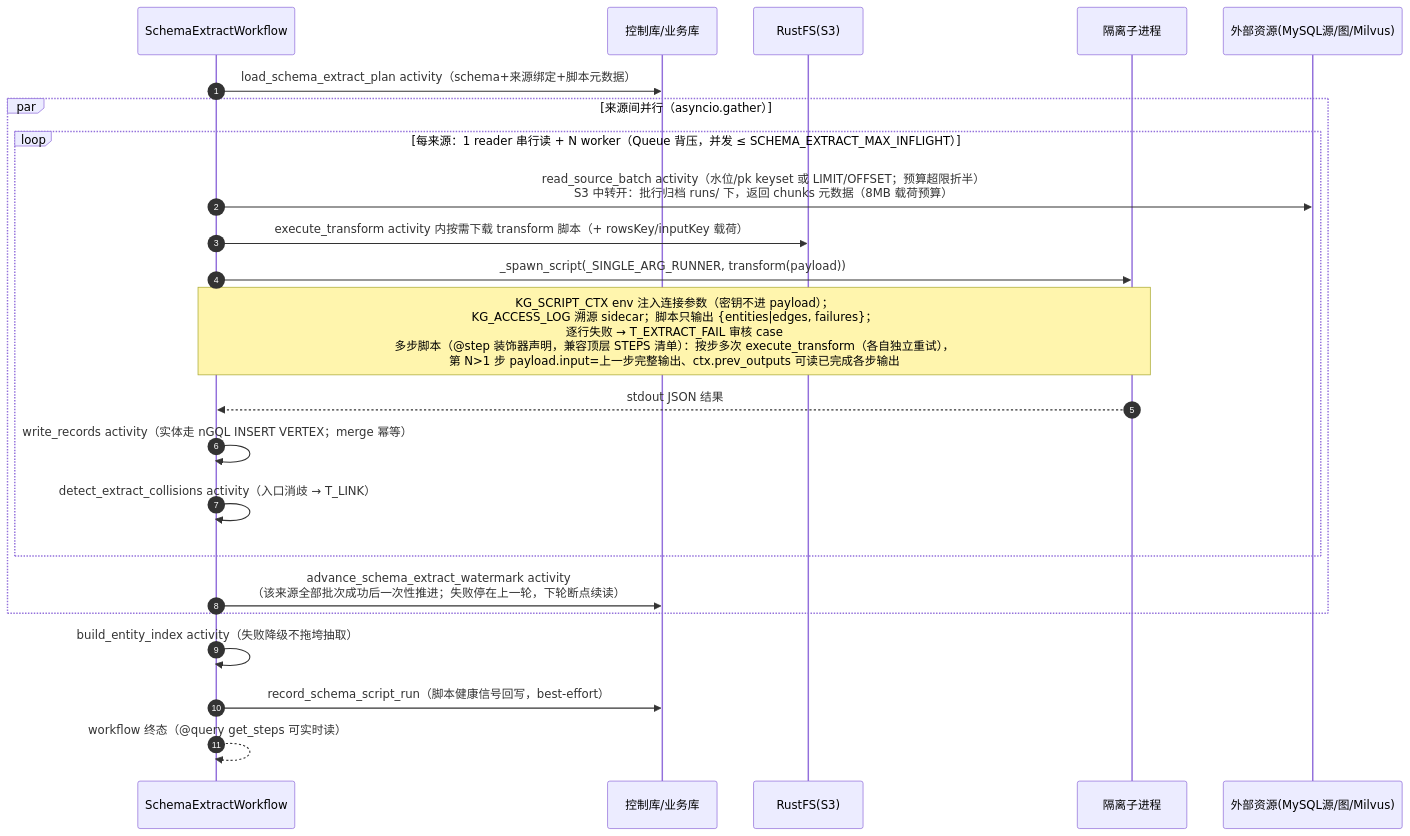
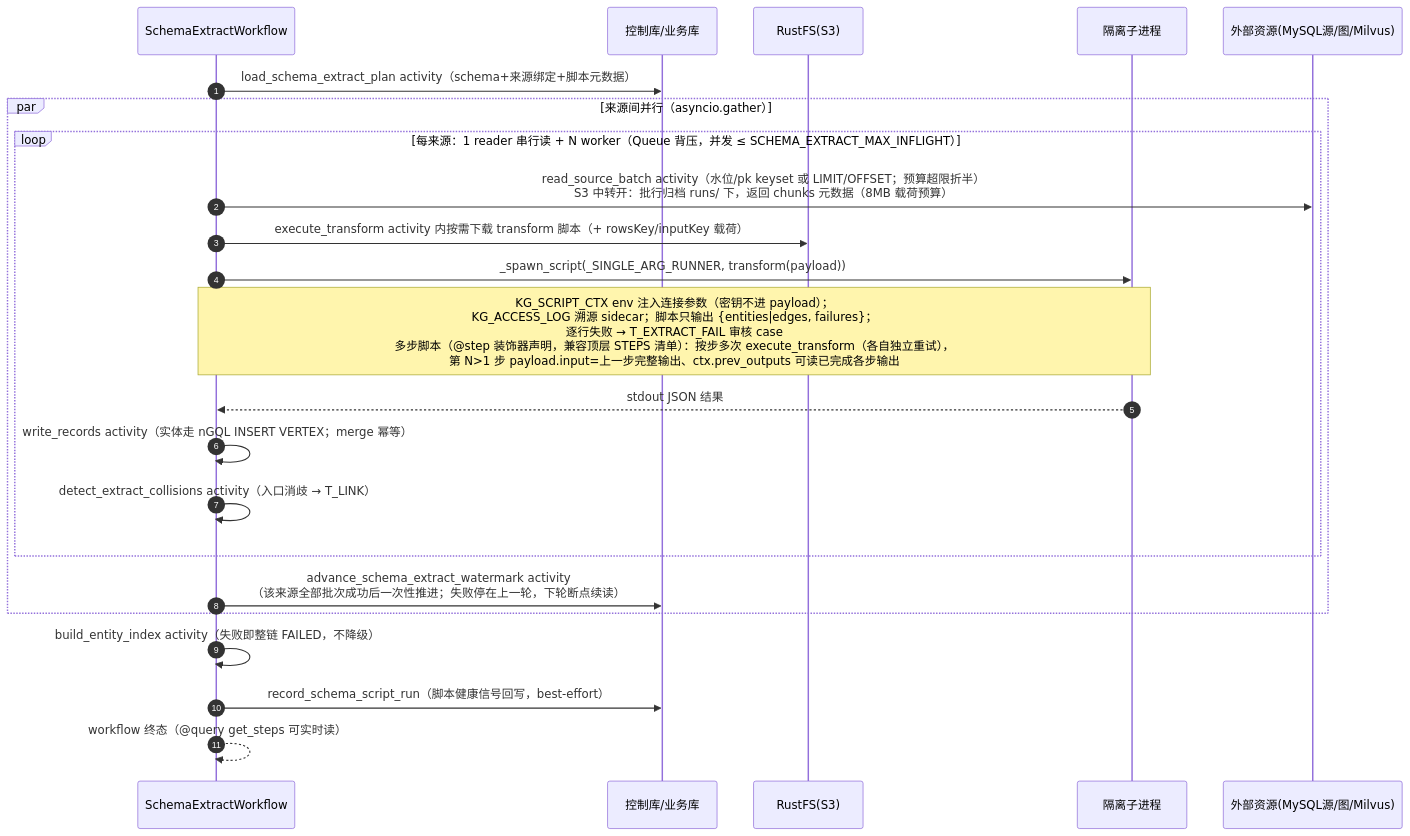
The second of 4 diagrams in docs/工作流系统模块.md (Marisolebxf/tech-kg-api), drawn with Mermaid before and after one commit. The commit also changed other lines of this file and 7 other files, not shown here.

````diff
--- a/docs/工作流系统模块.md
+++ b/docs/工作流系统模块.md
@@ -180,26 +180,26 @@
 ```mermaid
 sequenceDiagram
     autonumber
     participant WK as SchemaExtractWorkflow
     participant DB as 控制库/业务库
     participant S3 as RustFS(S3)
     participant SUB as 隔离子进程
     participant RES as 外部资源(MySQL源/图/Milvus)
 
     WK->>DB: load_schema_extract_plan activity（schema+来源绑定+脚本元数据）
     par 来源间并行（asyncio.gather）
         loop 每来源：1 reader 串行读 + N worker（Queue 背压，并发 ≤ SCHEMA_EXTRACT_MAX_INFLIGHT）
             WK->>RES: read_source_batch activity（水位/pk keyset 或 LIMIT/OFFSET；预算超限折半）<br/>S3 中转开：批行归档 runs/ 下，返回 chunks 元数据（8MB 载荷预算）
             WK->>S3: execute_transform activity 内按需下载 transform 脚本（+ rowsKey/inputKey 载荷）
             WK->>SUB: _spawn_script(_SINGLE_ARG_RUNNER, transform(payload))
             note over WK,SUB: KG_SCRIPT_CTX env 注入连接参数（密钥不进 payload）；<br/>KG_ACCESS_LOG 溯源 sidecar；脚本只输出 {entities|edges, failures}；<br/>逐行失败 → T_EXTRACT_FAIL 审核 case<br/>多步脚本（@step 装饰器声明，兼容顶层 STEPS 清单）：按步多次 execute_transform（各自独立重试），<br/>第 N>1 步 payload.input=上一步完整输出、ctx.prev_outputs 可读已完成各步输出
             SUB-->>WK: stdout JSON 结果
             WK->>WK: write_records activity（实体走 nGQL INSERT VERTEX；merge 幂等）
             WK->>WK: detect_extract_collisions activity（入口消歧 → T_LINK）
         end
         WK->>DB: advance_schema_extract_watermark activity<br/>（该来源全部批次成功后一次性推进；失败停在上一轮，下轮断点续读）
     end
-    WK->>WK: build_entity_index activity（失败降级不拖垮抽取）
+    WK->>WK: build_entity_index activity（失败即整链 FAILED，不降级）
     WK->>DB: record_schema_script_run（脚本健康信号回写，best-effort）
     WK-->>WK: workflow 终态（@query get_steps 可实时读）
 ```
````
